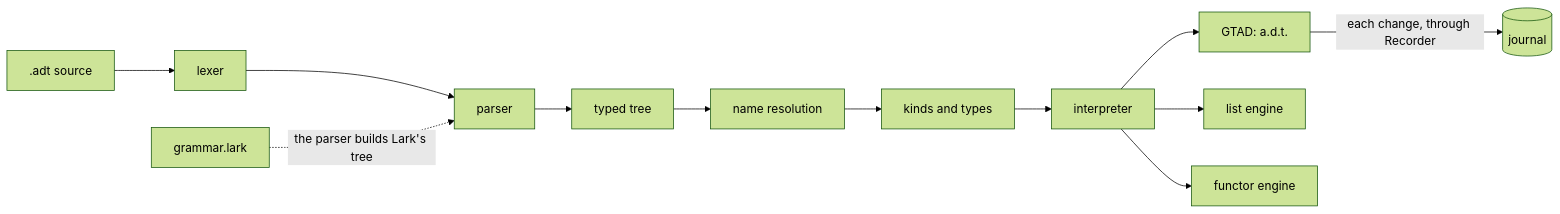
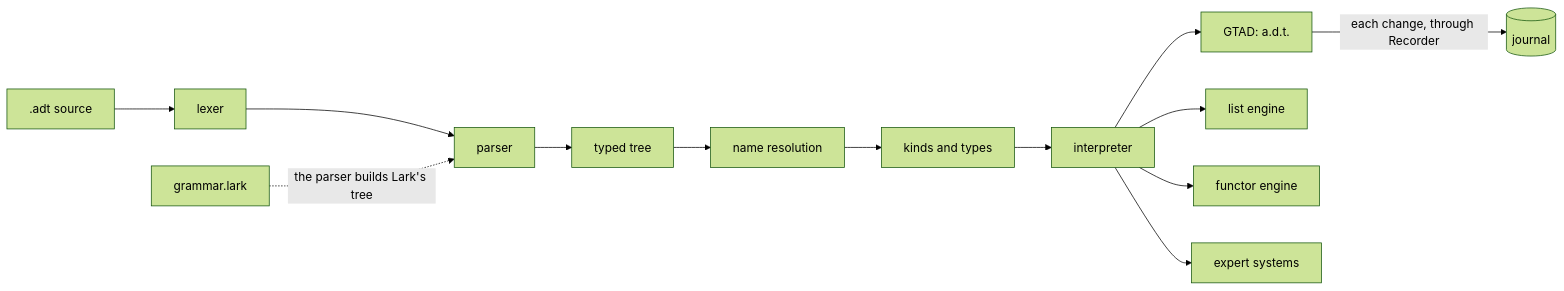
One commit to nrdufour/embryo-systems changed the first of 2 diagrams in README.md. Above: the diagram before and after it, drawn with Mermaid (forest theme). The commit also changed other lines of this file and 39 other files, not shown here.

````diff
--- a/README.md
+++ b/README.md
@@ -55,11 +56,12 @@
 ```mermaid
 flowchart LR
     src[".adt source"] --> lexer --> parser --> lower["typed tree"]
     lower --> names["name resolution"] --> types["kinds and types"]
     types --> interp[interpreter]
     interp --> gtad["GTAD: a.d.t."]
     interp --> lists["list engine"]
     interp --> functors["functor engine"]
+    interp --> rules["expert systems"]
     gtad -- "each change, through Recorder" --> journal[(journal)]
     grammar["grammar.lark"] -. "the parser builds Lark's tree" .-> parser
 ```
````
